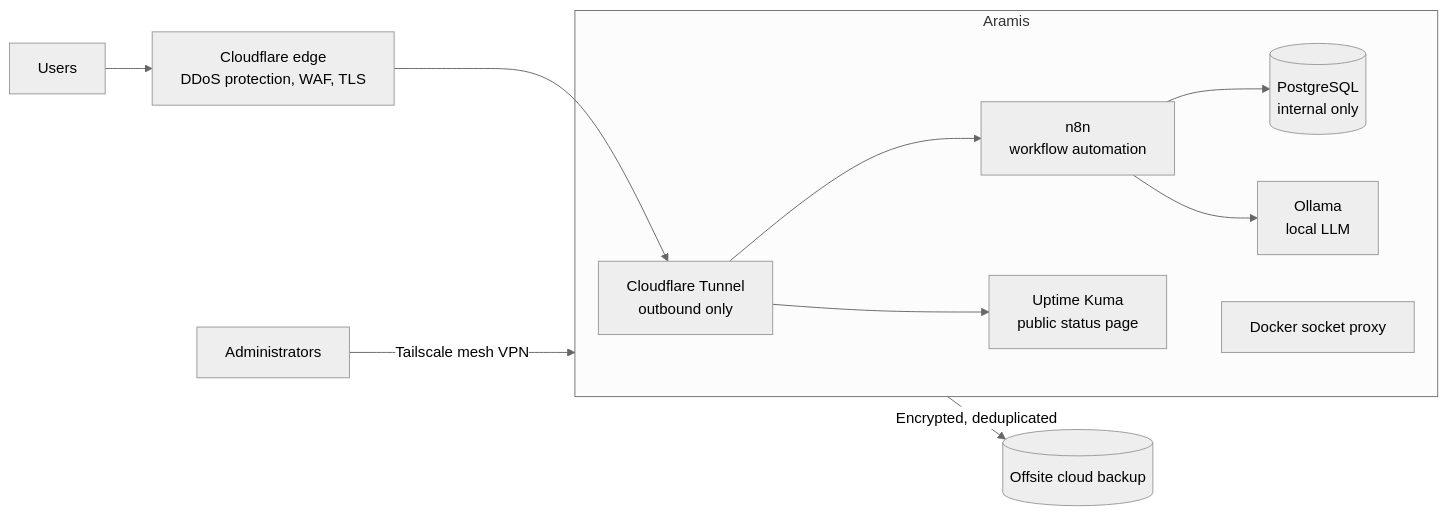
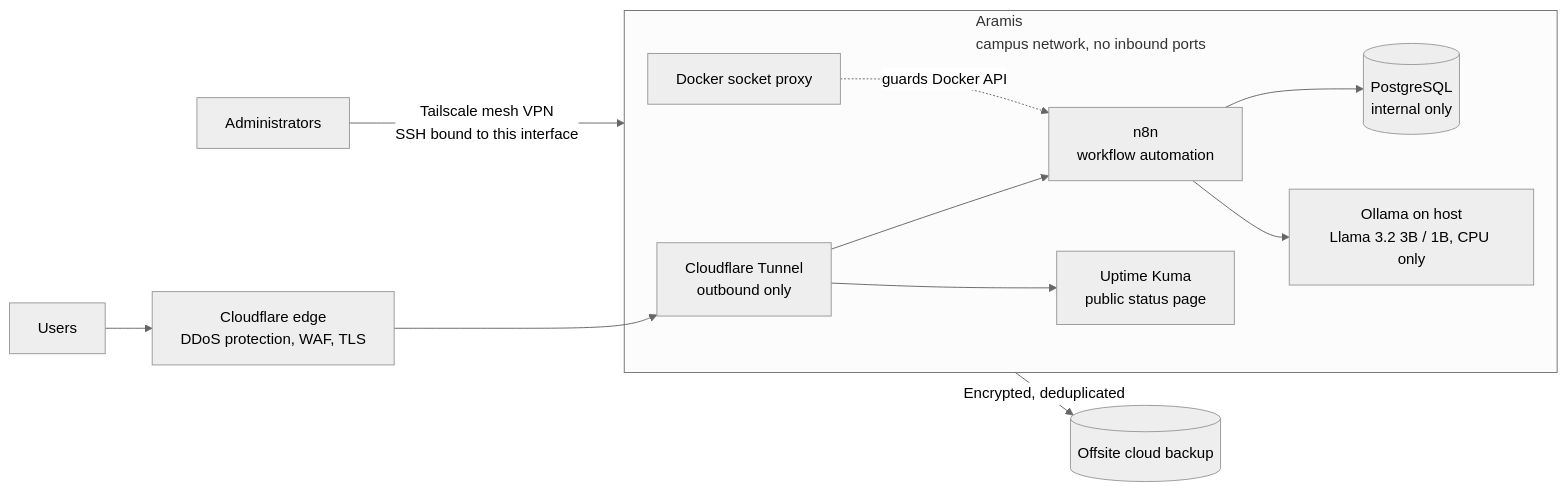
Before and after one commit to sinapsisbiotronica-netizen/aramis-infra-docs: the diagram in README.md, drawn with Mermaid (neutral theme). The commit also changed other lines of this file, not shown here.

````diff
--- a/README.md
+++ b/README.md
@@ -25,16 +32,16 @@
 ```mermaid
 flowchart LR
     U[Users] --> CF[Cloudflare edge<br/>DDoS protection, WAF, TLS]
     CF --> T[Cloudflare Tunnel<br/>outbound only]
 
-    subgraph A[Aramis]
+    subgraph A[Aramis<br/>campus network, no inbound ports]
         T --> N[n8n<br/>workflow automation]
         T --> K[Uptime Kuma<br/>public status page]
         N --> DB[(PostgreSQL<br/>internal only)]
-        N --> O[Ollama<br/>local LLM]
-        SP[Docker socket proxy]
+        N --> O[Ollama on host<br/>Llama 3.2 3B / 1B, CPU only]
+        SP[Docker socket proxy] -.->|guards Docker API| N
     end
 
-    ADM[Administrators] -->|Tailscale mesh VPN| A
+    ADM[Administrators] -->|Tailscale mesh VPN<br/>SSH bound to this interface| A
     A -->|Encrypted, deduplicated| BK[(Offsite cloud backup)]
 ```
````
